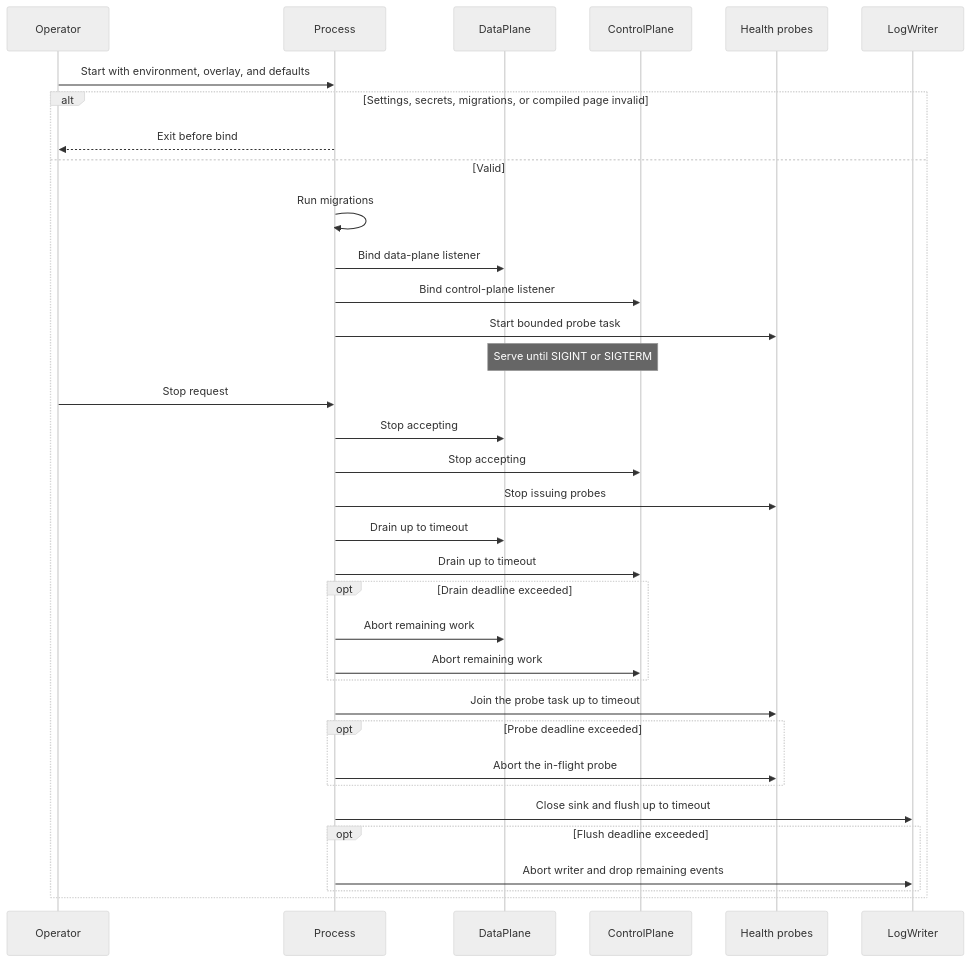
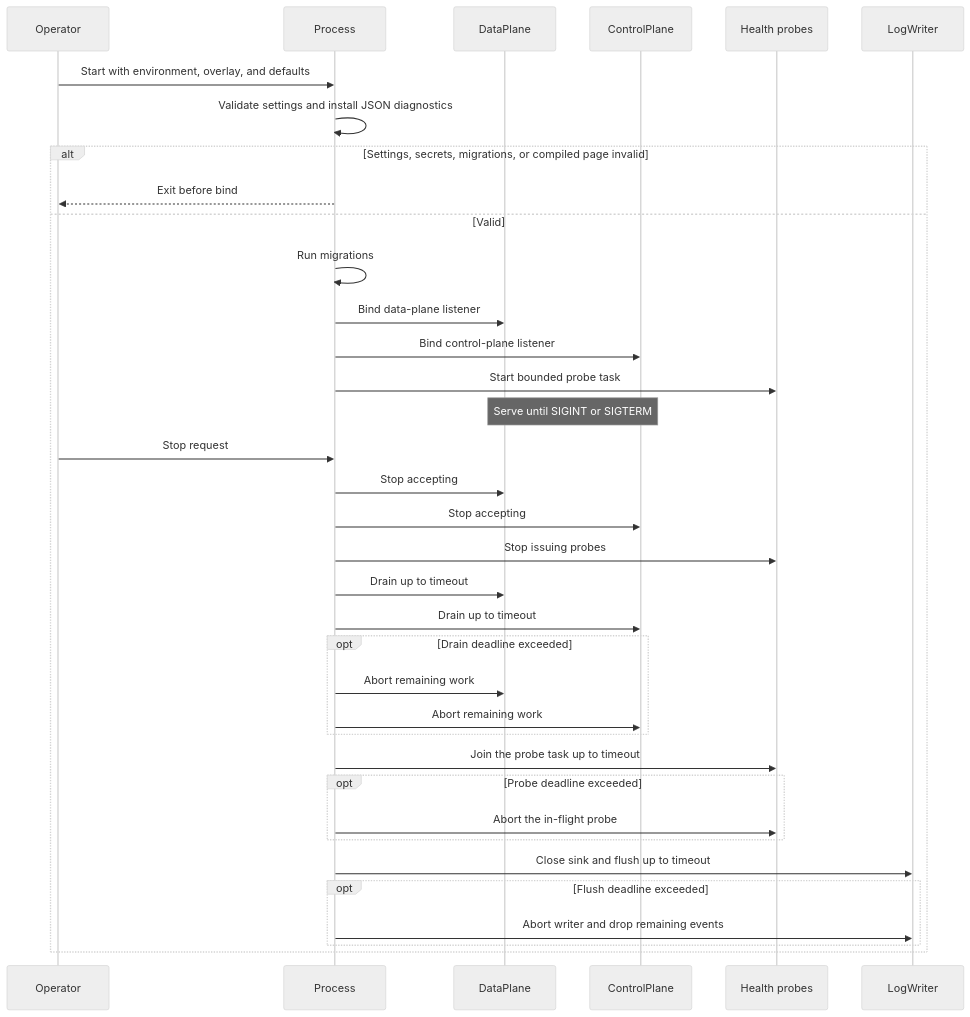
One commit to sequencestream/tokenstream changed the diagram in doc/modules/process.md. Above: the diagram before and after it, drawn with Mermaid (neutral theme). The commit also changed other lines of this file and 19 other files, not shown here.

````diff
--- a/doc/modules/process.md
+++ b/doc/modules/process.md
@@ -19,38 +23,39 @@
 ```mermaid
 sequenceDiagram
     participant Op as Operator
     participant P as Process
     participant D as DataPlane
     participant C as ControlPlane
     participant H as Health probes
     participant L as LogWriter
 
     Op->>P: Start with environment, overlay, and defaults
+    P->>P: Validate settings and install JSON diagnostics
     alt Settings, secrets, migrations, or compiled page invalid
         P-->>Op: Exit before bind
     else Valid
         P->>P: Run migrations
         P->>D: Bind data-plane listener
         P->>C: Bind control-plane listener
         P->>H: Start bounded probe task
         Note over D,C: Serve until SIGINT or SIGTERM
         Op->>P: Stop request
         P->>D: Stop accepting
         P->>C: Stop accepting
         P->>H: Stop issuing probes
         P->>D: Drain up to timeout
         P->>C: Drain up to timeout
         opt Drain deadline exceeded
             P->>D: Abort remaining work
             P->>C: Abort remaining work
         end
         P->>H: Join the probe task up to timeout
         opt Probe deadline exceeded
             P->>H: Abort the in-flight probe
         end
         P->>L: Close sink and flush up to timeout
         opt Flush deadline exceeded
             P->>L: Abort writer and drop remaining events
         end
     end
 ```
````
